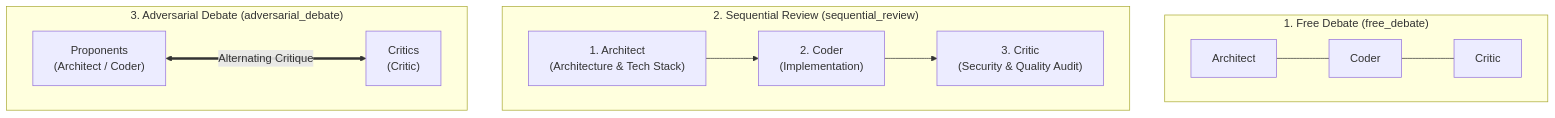
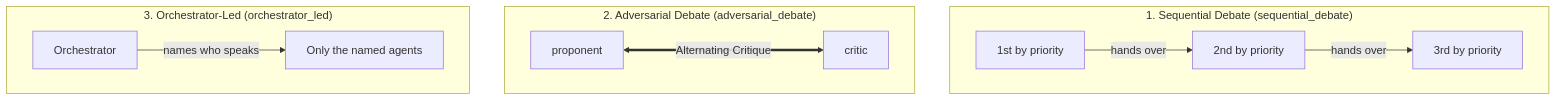
One commit to HaJaehee/MultiAgentOrchestrator changed the diagram in wiki/orchestration/debate-strategies.md. Above: the diagram before and after it, drawn with Mermaid. The commit also changed other lines of this file and 21 other files, not shown here.

````diff
--- a/wiki/orchestration/debate-strategies.md
+++ b/wiki/orchestration/debate-strategies.md
@@ -35,16 +33,17 @@
 ```mermaid
 graph TD
-    subgraph S1 ["1. Free Debate (free_debate)"]
-        F1["Architect"] --- F2["Coder"] --- F3["Critic"]
+    subgraph S1 ["1. Sequential Debate (sequential_debate)"]
+        direction LR
+        SQ1["1st by priority"] -->|hands over| SQ2["2nd by priority"] -->|hands over| SQ3["3rd by priority"]
     end
 
-    subgraph S2 ["2. Sequential Review (sequential_review)"]
+    subgraph S2 ["2. Adversarial Debate (adversarial_debate)"]
         direction LR
-        SQ1["1. Architect\n(Architecture & Tech Stack)"] --> SQ2["2. Coder\n(Implementation)"] --> SQ3["3. Critic\n(Security & Quality Audit)"]
+        AD1["proponent"] <===>|Alternating Critique| AD2["critic"]
     end
 
-    subgraph S3 ["3. Adversarial Debate (adversarial_debate)"]
+    subgraph S3 ["3. Orchestrator-Led (orchestrator_led)"]
         direction LR
-        AD1["Proponents\n(Architect / Coder)"] <===>|Alternating Critique| AD2["Critics\n(Critic)"]
+        OL1["Orchestrator"] -->|names who speaks| OL2["Only the named agents"]
     end
 ```
````
